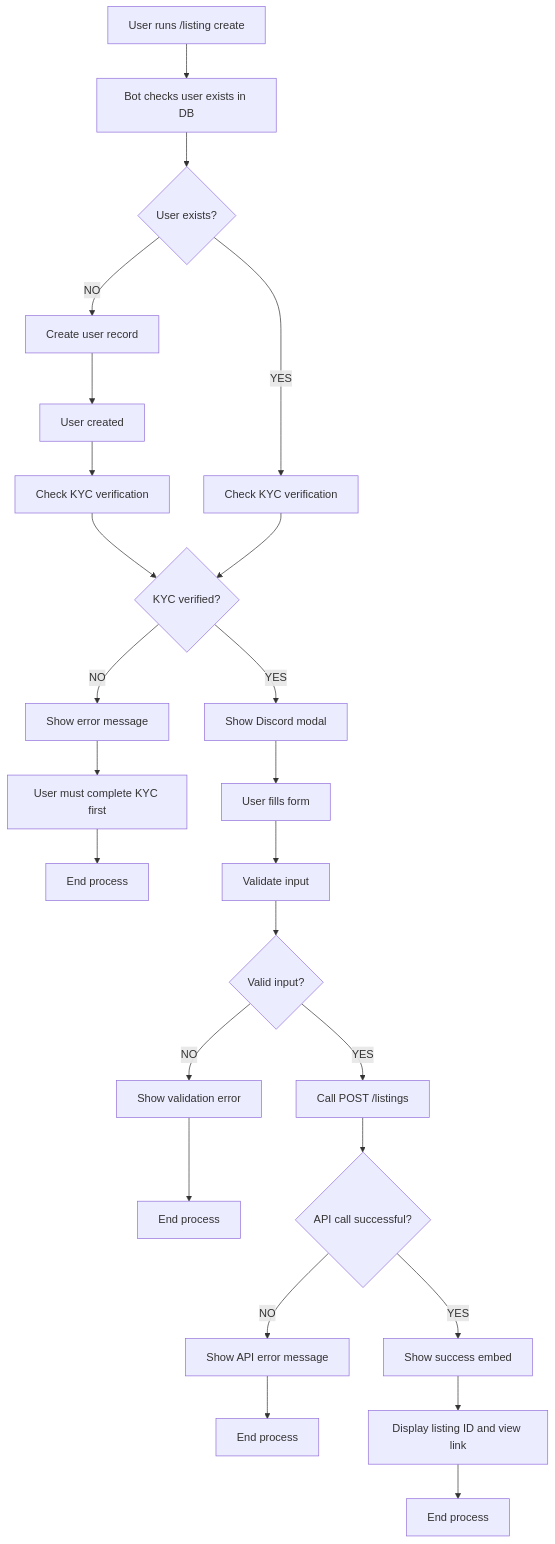
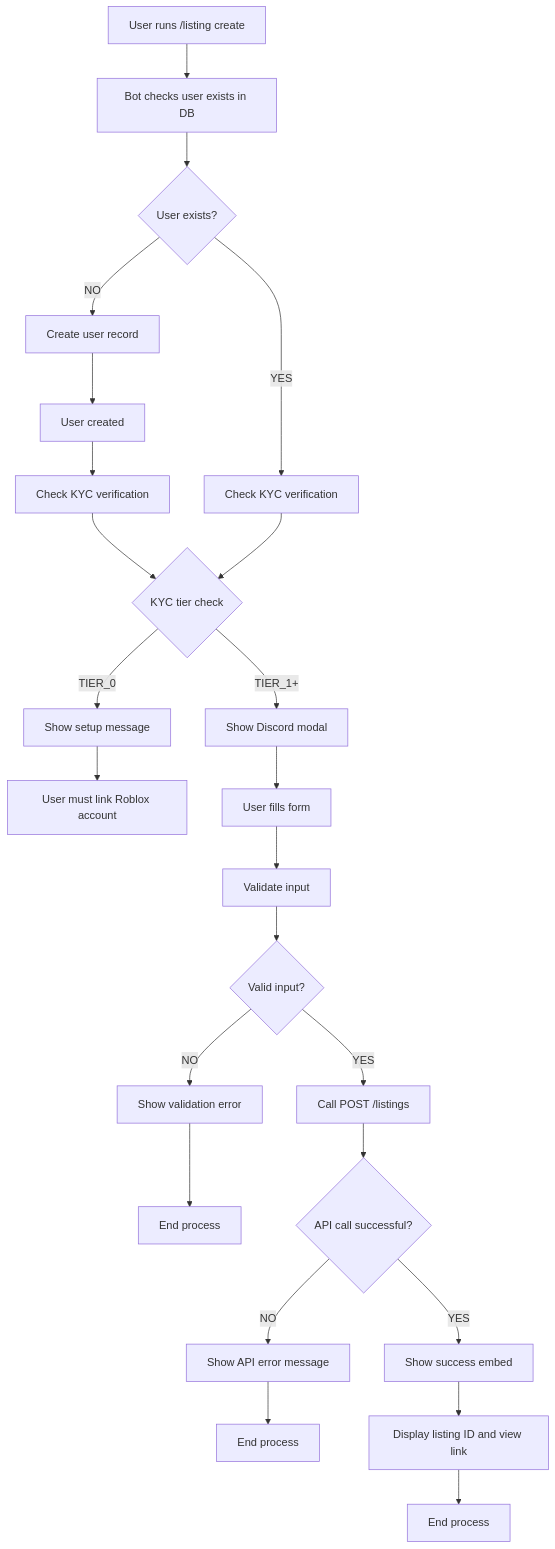
One commit to lhqezio/bloxtr8 changed the diagram in apps/discord-bot/FLOW_DIAGRAM.md. Above: the diagram before and after it, drawn with Mermaid. The commit also changed other lines of this file and 13 other files, not shown here.

First line of the commit message:
feat: enhance Discord bot listing system with improved user verification

````diff
--- a/apps/discord-bot/FLOW_DIAGRAM.md
+++ b/apps/discord-bot/FLOW_DIAGRAM.md
@@ -3,36 +3,34 @@
 ```mermaid
 flowchart TD
     A[User runs /listing create] --> B[Bot checks user exists in DB]
     B --> C{User exists?}
 
     C -->|NO| D[Create user record]
     D --> E[User created]
     E --> F[Check KYC verification]
 
     C -->|YES| G[Check KYC verification]
 
-    F --> H{KYC verified?}
+    F --> H{KYC tier check}
     G --> H
+    H -->|TIER_0| I[Show setup message]
+    I --> J[User must link Roblox account]
 
-    H -->|NO| I[Show error message]
-    I --> J[User must complete KYC first]
-    J --> K[End process]
-
-    H -->|YES| L[Show Discord modal]
+    H -->|TIER_1+| L[Show Discord modal]
     L --> M[User fills form]
     M --> N[Validate input]
     N --> O{Valid input?}
 
     O -->|NO| P[Show validation error]
     P --> Q[End process]
 
     O -->|YES| R[Call POST /listings]
     R --> S{API call successful?}
 
     S -->|NO| T[Show API error message]
     T --> U[End process]
 
     S -->|YES| V[Show success embed]
     V --> W[Display listing ID and view link]
     W --> X[End process]
 ```
````
